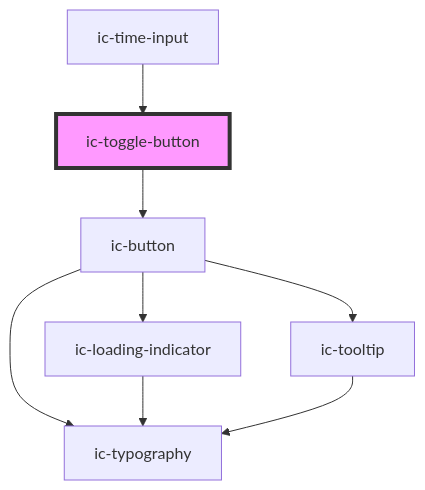
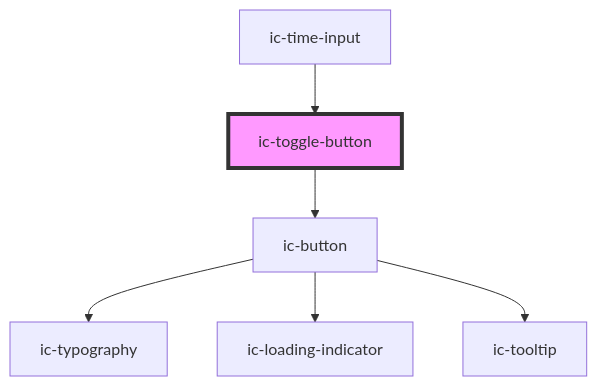
Before and after one commit to mi6/ic-ui-kit: the diagram in packages/web-components/src/components/ic-toggle-button/readme.md, drawn with Mermaid. The commit also changed other lines of this file and 24 other files, not shown here.

````diff
--- a/packages/web-components/src/components/ic-toggle-button/readme.md
+++ b/packages/web-components/src/components/ic-toggle-button/readme.md
@@ -53,11 +55,9 @@
 ```mermaid
 graph TD;
   ic-toggle-button --> ic-button
+  ic-time-input --> ic-toggle-button
   ic-button --> ic-typography
   ic-button --> ic-loading-indicator
   ic-button --> ic-tooltip
-  ic-loading-indicator --> ic-typography
-  ic-tooltip --> ic-typography
-  ic-time-input --> ic-toggle-button
   style ic-toggle-button fill:#f9f,stroke:#333,stroke-width:4px
 ```
````
